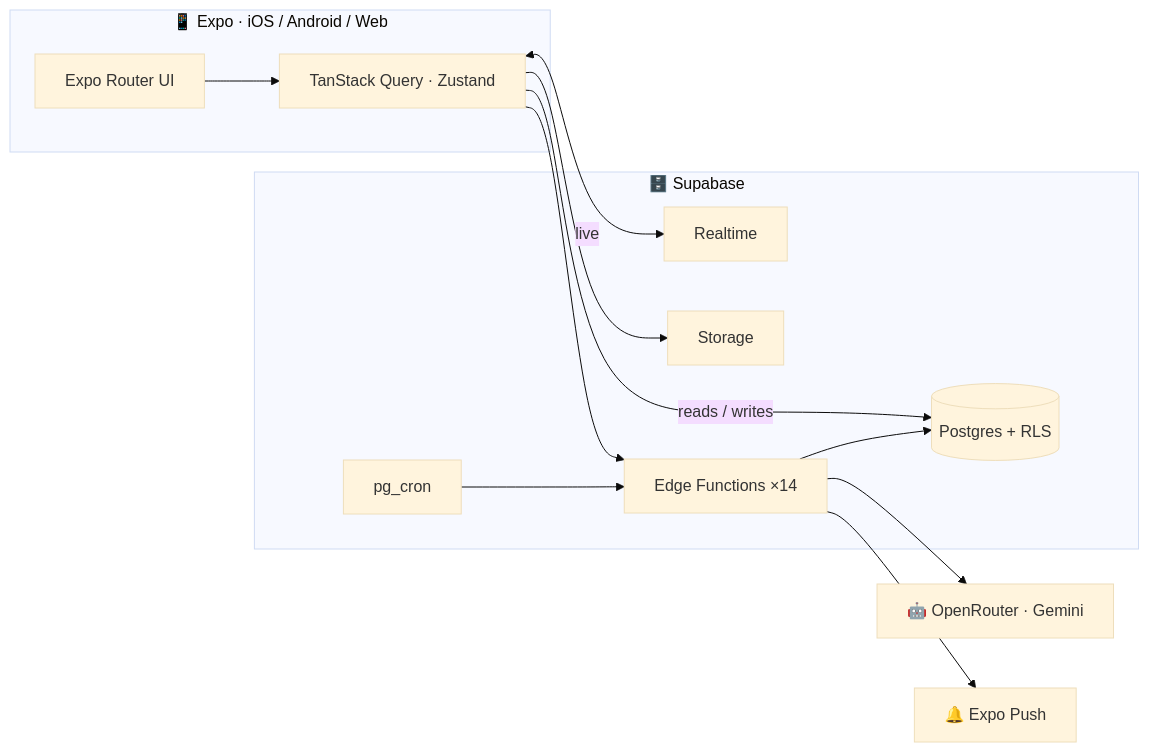
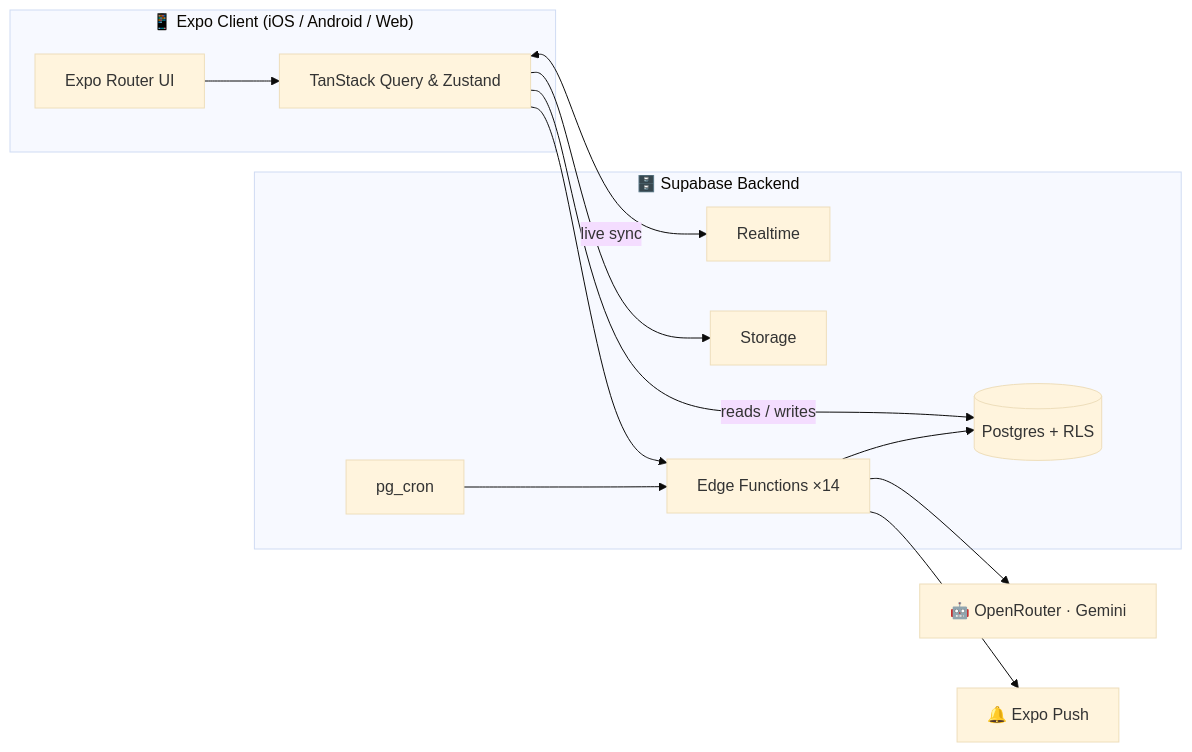
The diagram in README.md (Ak2556/echo-mobile), drawn with Mermaid (base theme) before and after one commit. The commit also changed other lines of this file, not shown here.

````diff
--- a/README.md
+++ b/README.md
@@ -84,25 +87,25 @@
 ```mermaid
 flowchart LR
-  subgraph Client["📱 Expo · iOS / Android / Web"]
+  subgraph Client["📱 Expo Client (iOS / Android / Web)"]
     UI["Expo Router UI"]
-    State["TanStack Query · Zustand"]
+    State["TanStack Query & Zustand"]
   end
-  subgraph Supabase["🗄️ Supabase"]
+  subgraph Supabase["🗄️ Supabase Backend"]
     PG[("Postgres + RLS")]
     RT["Realtime"]
     ST["Storage"]
     EF["Edge Functions ×14"]
     CRON["pg_cron"]
   end
   AI["🤖 OpenRouter · Gemini"]
   Push["🔔 Expo Push"]
 
   UI --> State
   State -->|reads / writes| PG
-  State <-->|live| RT
+  State <-->|live sync| RT
   State --> ST
   State --> EF
   EF --> AI
   EF --> PG
   CRON --> EF --> Push
 ```
````
